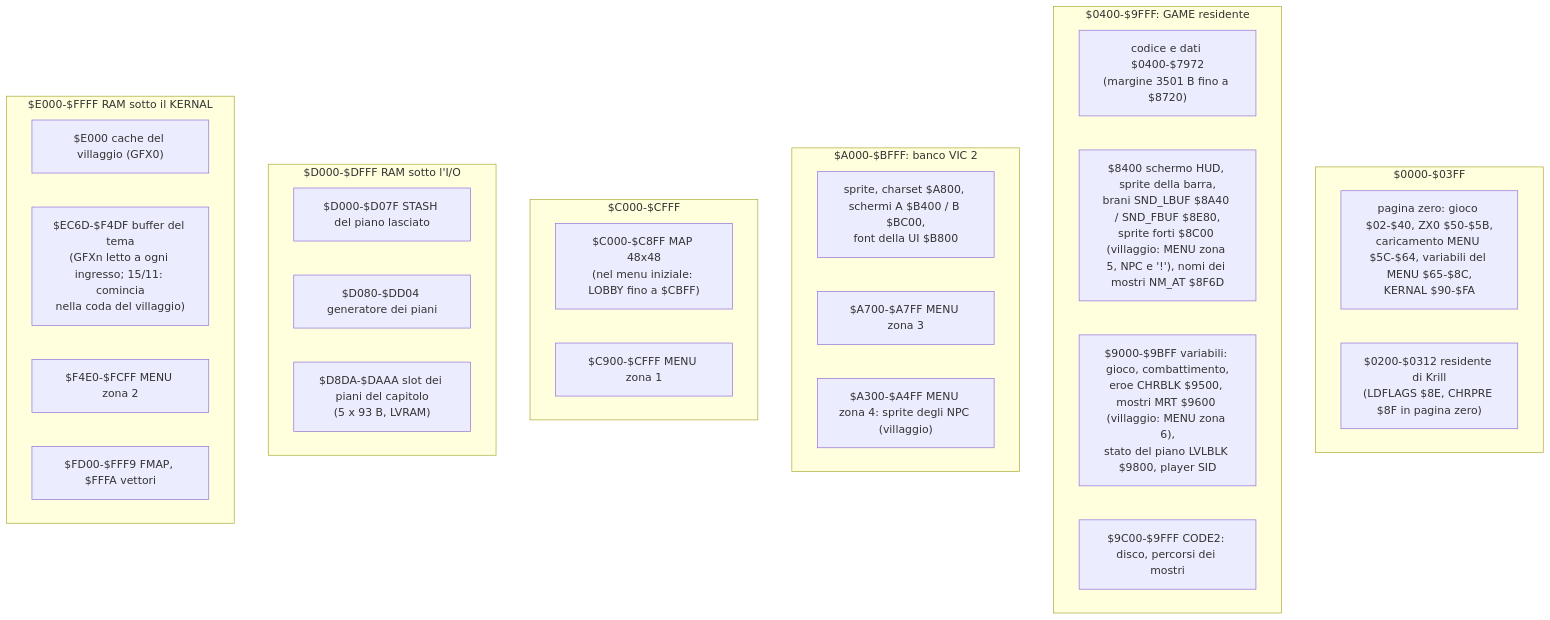
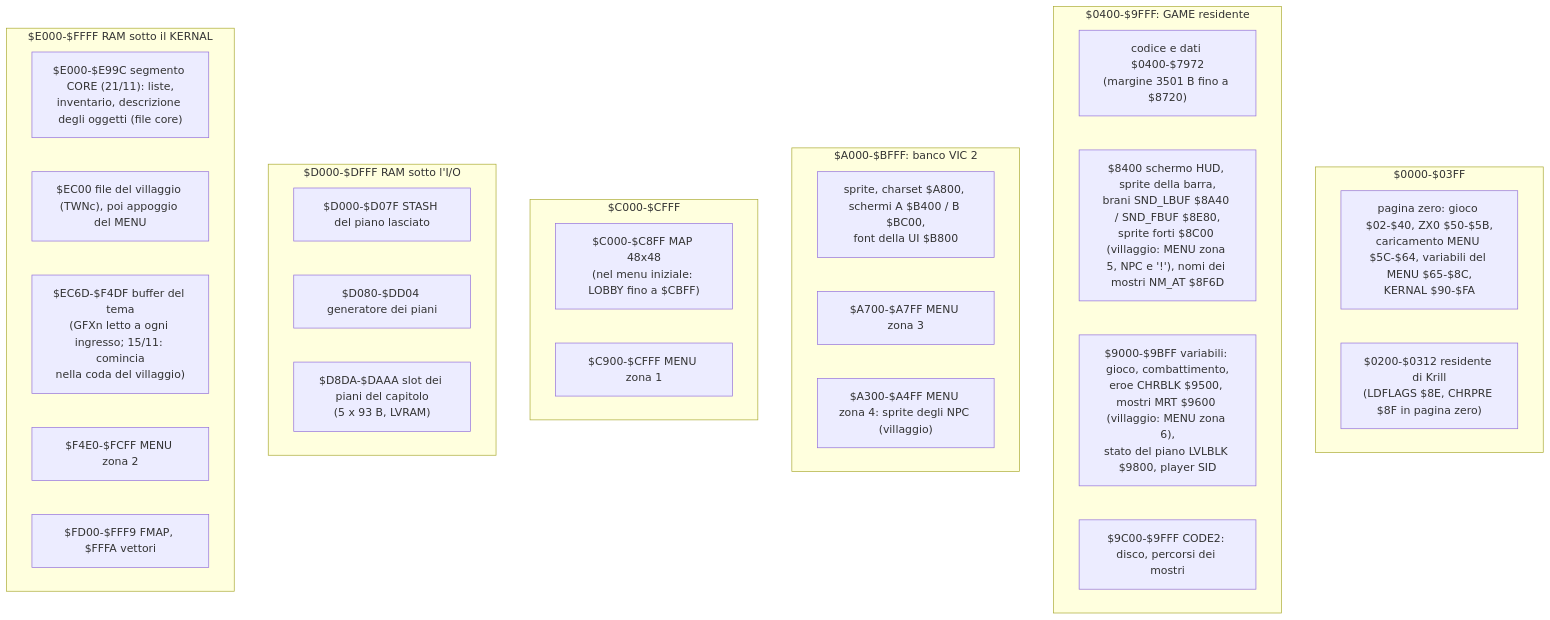
The third of 4 diagrams in docs/wiki/architettura.md (caporalesimone/barbarian-the-blood-path), drawn with Mermaid before and after one commit. The commit also changed other lines of this file and 31 other files, not shown here.

````diff
--- a/docs/wiki/architettura.md
+++ b/docs/wiki/architettura.md
@@ -164,33 +165,34 @@
 ```mermaid
 flowchart TB
     subgraph R0["$0000-$03FF"]
         ZP["pagina zero: gioco $02-$40, ZX0 $50-$5B,<br/>caricamento MENU $5C-$64, variabili del MENU $65-$8C,<br/>KERNAL $90-$FA"]
         LDF["$0200-$0312 residente di Krill<br/>(LDFLAGS $8E, CHRPRE $8F in pagina zero)"]
     end
     subgraph R1["$0400-$9FFF: GAME residente"]
         CODE["codice e dati $0400-$7972<br/>(margine 3501 B fino a $8720)"]
         HUDS["$8400 schermo HUD, sprite della barra,<br/>brani SND_LBUF $8A40 / SND_FBUF $8E80,<br/>sprite forti $8C00 (villaggio: MENU zona 5, NPC e '!'), nomi dei mostri NM_AT $8F6D"]
         VARS["$9000-$9BFF variabili: gioco, combattimento,<br/>eroe CHRBLK $9500, mostri MRT $9600 (villaggio: MENU zona 6),<br/>stato del piano LVLBLK $9800, player SID"]
         C2["$9C00-$9FFF CODE2: disco, percorsi dei mostri"]
     end
     subgraph R2["$A000-$BFFF: banco VIC 2"]
         VIC["sprite, charset $A800, schermi A $B400 / B $BC00,<br/>font della UI $B800"]
         Z3["$A700-$A7FF MENU zona 3"]
         Z4["$A300-$A4FF MENU zona 4: sprite degli NPC (villaggio)"]
     end
     subgraph R3["$C000-$CFFF"]
         MAP["$C000-$C8FF MAP 48x48<br/>(nel menu iniziale: LOBBY fino a $CBFF)"]
         Z1["$C900-$CFFF MENU zona 1"]
     end
     subgraph R4["$D000-$DFFF RAM sotto l'I/O"]
         STA["$D000-$D07F STASH del piano lasciato"]
         GEN["$D080-$DD04 generatore dei piani"]
         SLT["$D8DA-$DAAA slot dei piani del capitolo<br/>(5 x 93 B, LVRAM)"]
     end
     subgraph R5["$E000-$FFFF RAM sotto il KERNAL"]
-        CT["$E000 cache del villaggio (GFX0)"]
+        CORE["$E000-$E99C segmento CORE (21/11): liste,<br/>inventario, descrizione degli oggetti (file core)"]
+        CT["$EC00 file del villaggio (TWNc), poi appoggio del MENU"]
         CD["$EC6D-$F4DF buffer del tema<br/>(GFXn letto a ogni ingresso; 15/11: comincia<br/>nella coda del villaggio)"]
         Z2["$F4E0-$FCFF MENU zona 2"]
         FM["$FD00-$FFF9 FMAP, $FFFA vettori"]
     end
 ```
````
